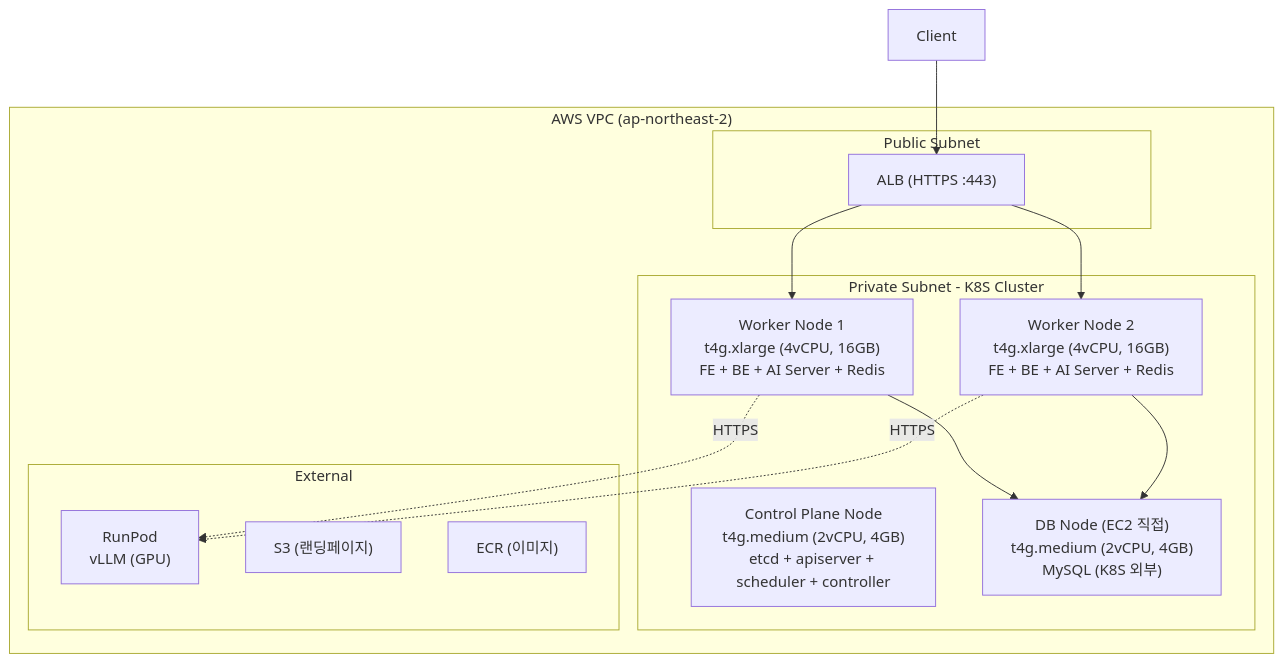
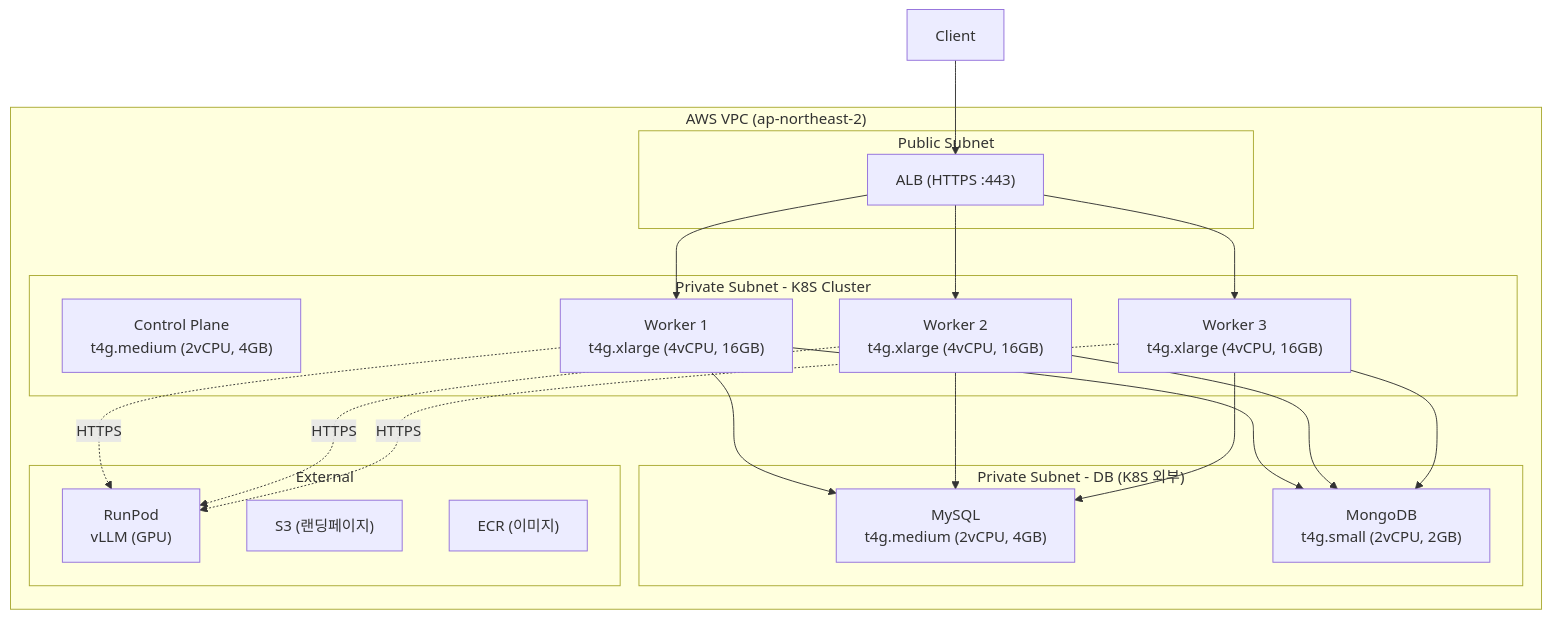
The first of 2 diagrams in wiki/design/step5/design-step5.md (100-hours-a-week/14-team-dojangkok-cloud), drawn with Mermaid before and after one commit. The commit also changed other lines of this file, not shown here.

````diff
--- a/wiki/design/step5/design-step5.md
+++ b/wiki/design/step5/design-step5.md
@@ -110,31 +110,32 @@
 ```mermaid
 graph TB
     subgraph "AWS VPC (ap-northeast-2)"
         subgraph "Public Subnet"
             ALB["ALB (HTTPS :443)"]
         end
 
         subgraph "Private Subnet - K8S Cluster"
-            CP["Control Plane Node<br/>t4g.medium (2vCPU, 4GB)<br/>etcd + apiserver + scheduler + controller"]
+            CP["Control Plane<br/>t4g.medium (2vCPU, 4GB)"]
 
-            W1["Worker Node 1<br/>t4g.xlarge (4vCPU, 16GB)<br/>FE + BE + AI Server + Redis"]
-            W2["Worker Node 2<br/>t4g.xlarge (4vCPU, 16GB)<br/>FE + BE + AI Server + Redis"]
+            W1["Worker 1<br/>t4g.xlarge (4vCPU, 16GB)"]
+            W2["Worker 2<br/>t4g.xlarge (4vCPU, 16GB)"]
+            W3["Worker 3<br/>t4g.xlarge (4vCPU, 16GB)"]
+        end
 
-            DB["DB Node (EC2 직접)<br/>t4g.medium (2vCPU, 4GB)<br/>MySQL (K8S 외부)"]
+        subgraph "Private Subnet - DB (K8S 외부)"
+            MySQL["MySQL<br/>t4g.medium (2vCPU, 4GB)"]
+            MongoDB["MongoDB<br/>t4g.small (2vCPU, 2GB)"]
         end
 
         subgraph "External"
             RunPod["RunPod<br/>vLLM (GPU)"]
             S3["S3 (랜딩페이지)"]
             ECR["ECR (이미지)"]
         end
     end
 
     Client --> ALB
-    ALB --> W1
-    ALB --> W2
-    W1 --> DB
-    W2 --> DB
-    W1 -.->|"HTTPS"| RunPod
-    W2 -.->|"HTTPS"| RunPod
+    ALB --> W1 & W2 & W3
+    W1 & W2 & W3 --> MySQL & MongoDB
+    W1 & W2 & W3 -.->|"HTTPS"| RunPod
 ```
````
